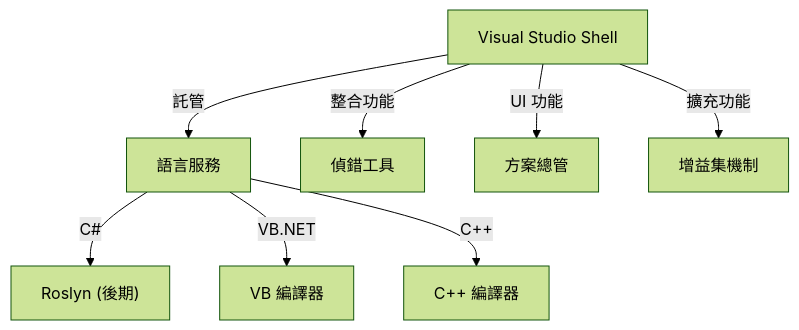
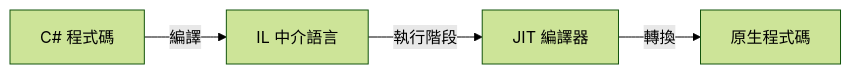
Before and after one commit to kenjinote/blog: the second of 2 diagrams in content/post/history-of-visual-studio/index.zh-tw.md, drawn with Mermaid (forest theme). The commit also changed other lines of this file and 129 other files, not shown here.

````diff
--- a/content/post/history-of-visual-studio/index.zh-tw.md
+++ b/content/post/history-of-visual-studio/index.zh-tw.md
@@ -85,11 +51,6 @@
 ```mermaid
-graph TD
-    A["Visual Studio Shell"] -- "託管" --> B["語言服務"]
-    B -- "C#" --> C["Roslyn (後期)"]
-    B -- "VB.NET" --> D["VB 編譯器"]
-    B -- "C++" --> E["C++ 編譯器"]
-    
-    A -- "整合功能" --> F["偵錯工具"]
-    A -- "UI 功能" --> G["方案總管"]
-    A -- "擴充功能" --> H["增益集機制"]
+graph LR
+    A["C# 程式碼"] -- "編譯" --> B["IL 中介語言"]
+    B -- "執行階段" --> C["JIT 編譯器"]
+    C -- "轉換" --> D["原生程式碼"]
 ```
````
